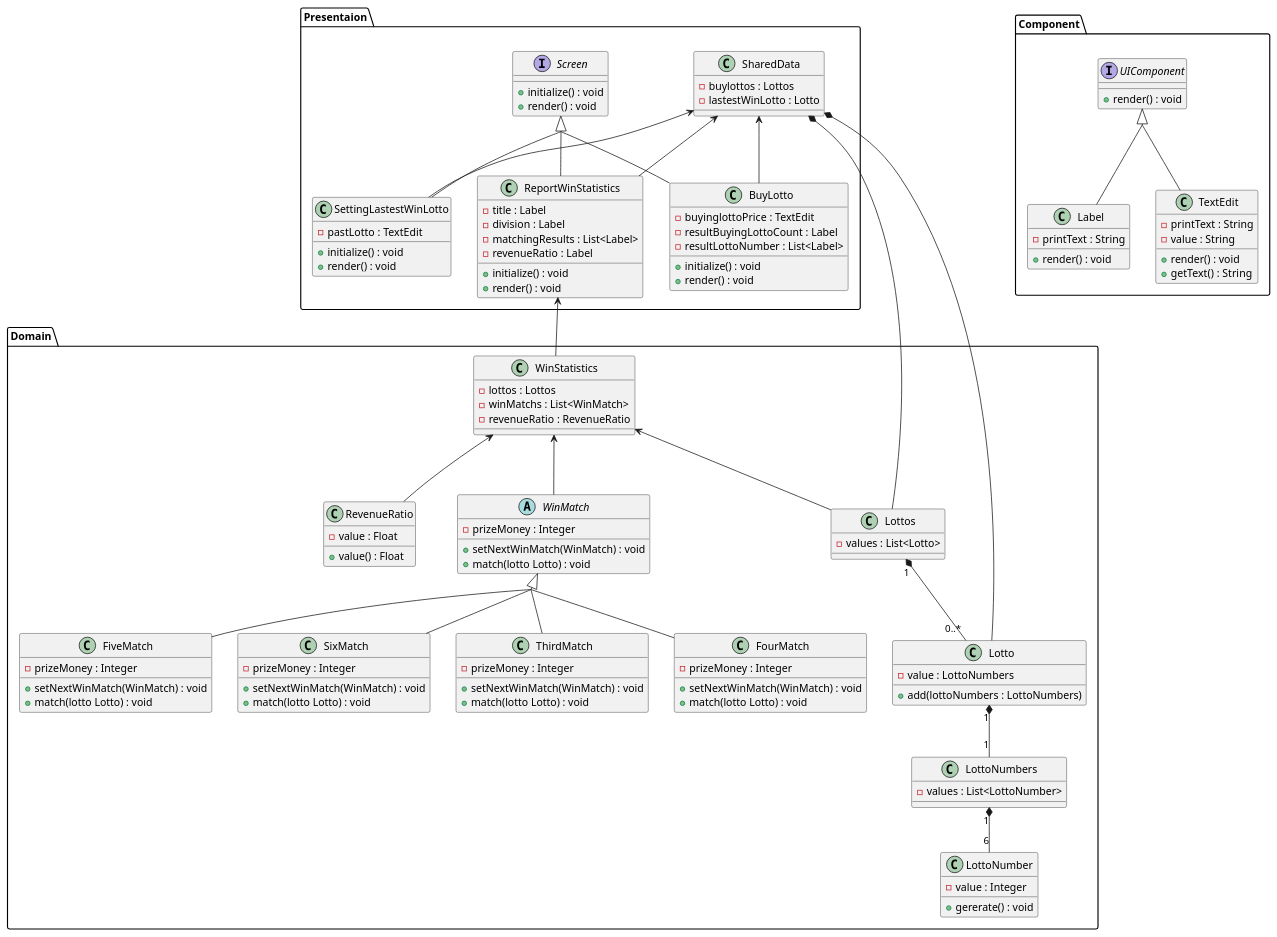
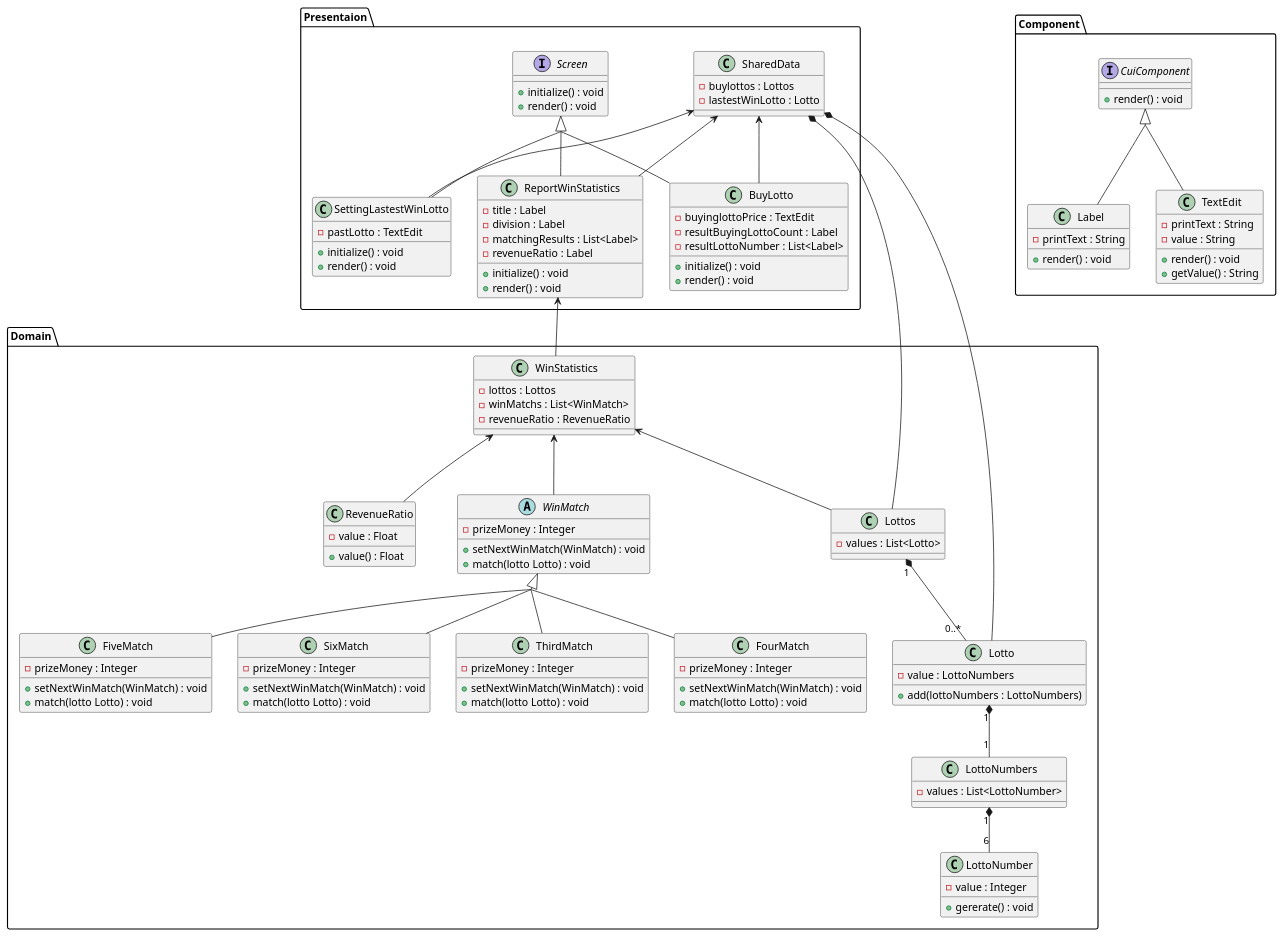
One commit to next-step/java-lotto-pro changed the diagram in classdiagram/Lotto_3step.pu. Above: the diagram before and after it, drawn with PlantUML. The commit also changed 5 other files, not shown here.

```diff
--- a/classdiagram/Lotto_3step.pu
+++ b/classdiagram/Lotto_3step.pu
@@ -1,159 +1,159 @@
 @startuml Lotto_3step
 skinparam groupInheritance 2
 
 package Domain {
   class Lottos {
     - values : List<Lotto>
   }
 
   class Lotto {
     - value : LottoNumbers
 
     + add(lottoNumbers : LottoNumbers)
   }
 
   class WinStatistics {
     - lottos : Lottos
     - winMatchs : List<WinMatch> 
     - revenueRatio : RevenueRatio
 
   }
 
   class RevenueRatio {
     - value : Float
 
     + value() : Float
   }
 
   class LottoNumbers {
     - values : List<LottoNumber>
   }
 
   class LottoNumber {
     - value : Integer
 
     + gererate() : void
   }
 
   abstract WinMatch {
     - prizeMoney : Integer
 
     + setNextWinMatch(WinMatch) : void
     + match(lotto Lotto) : void
   }
 
   class ThirdMatch {
     - prizeMoney : Integer
     
     + setNextWinMatch(WinMatch) : void
     + match(lotto Lotto) : void
   }
 
   class FourMatch {
     - prizeMoney : Integer
     
     + setNextWinMatch(WinMatch) : void
     + match(lotto Lotto) : void
   }
 
   class FiveMatch {
     - prizeMoney : Integer
     
     + setNextWinMatch(WinMatch) : void
     + match(lotto Lotto) : void
   }
 
   class SixMatch {
     - prizeMoney : Integer
     
     + setNextWinMatch(WinMatch) : void
     + match(lotto Lotto) : void
   }
 }
 
 package Presentaion {
   interface Screen {
     + initialize() : void
     + render() : void
   }
 
   class BuyLotto {
     - buyinglottoPrice : TextEdit 
     - resultBuyingLottoCount : Label
     - resultLottoNumber : List<Label>
 
     + initialize() : void
     + render() : void
   }
 
   class SettingLastestWinLotto {
     - pastLotto : TextEdit
     
     + initialize() : void
     + render() : void
   }
 
   class ReportWinStatistics {
     - title : Label
     - division : Label
     - matchingResults : List<Label>
     - revenueRatio : Label
 
     + initialize() : void
     + render() : void
   }
 
   class SharedData {
     - buylottos : Lottos
     - lastestWinLotto : Lotto
   }
 }
 
 package Component {
-  interface UIComponent {
+  interface CuiComponent {
     + render() : void
   }
 
   class Label {
     - printText : String
     
     + render() : void
   }
 
   class TextEdit {
     - printText : String
     - value : String
 
     + render() : void
-    + getText() : String
+    + getValue() : String
   }
 }
 
-UIComponent <|-- Label
-UIComponent <|-- TextEdit
+CuiComponent <|-- Label
+CuiComponent <|-- TextEdit
 
 Screen <|-- BuyLotto
 Screen <|-- SettingLastestWinLotto
 Screen <|-- ReportWinStatistics
 ReportWinStatistics <-- WinStatistics
 
 SharedData <-- BuyLotto
 SharedData <-- SettingLastestWinLotto
 SharedData <-- ReportWinStatistics
 SharedData *-- Lottos
 SharedData *-- Lotto
 
 WinStatistics  <-- Lottos
 WinStatistics <-- WinMatch
 WinStatistics <-- RevenueRatio
 
 WinMatch <|-- ThirdMatch
 WinMatch <|-- FourMatch
 WinMatch <|-- FiveMatch
 WinMatch <|-- SixMatch
 
 Lottos "1" *-- "0..*" Lotto
 Lotto "1" *-- "1" LottoNumbers
 
 LottoNumbers "1" *-- "6" LottoNumber
 @enduml
```
